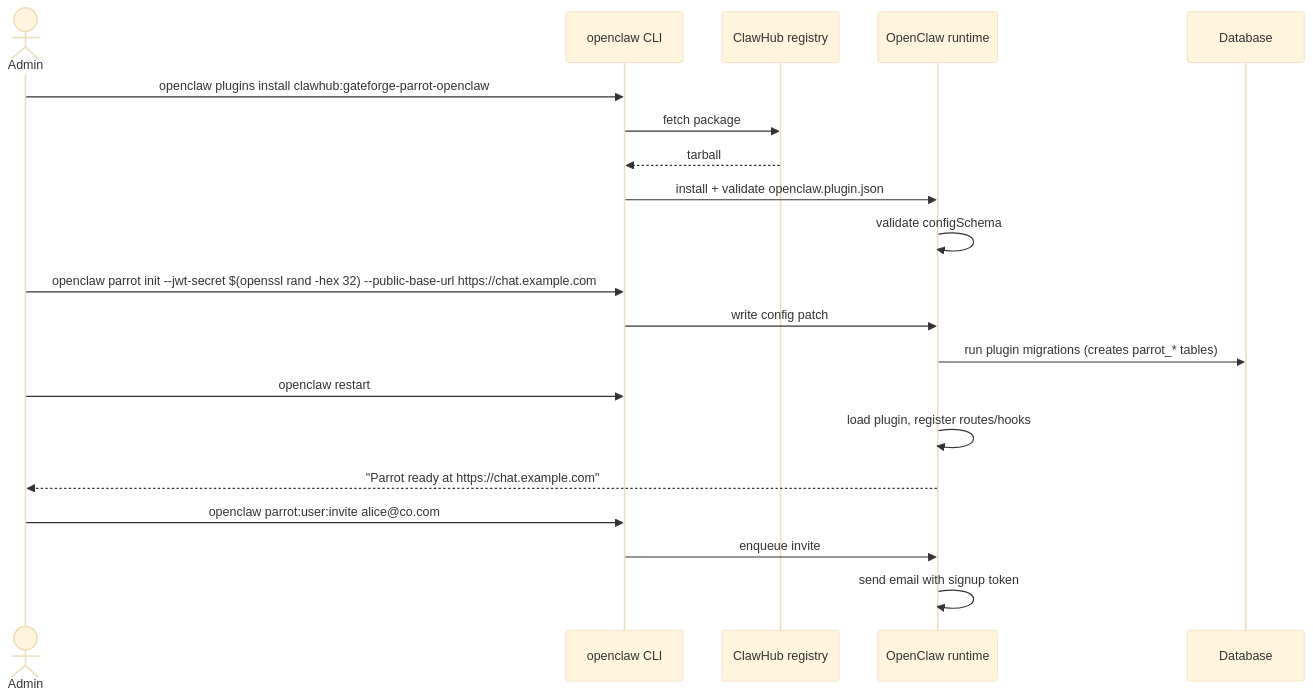
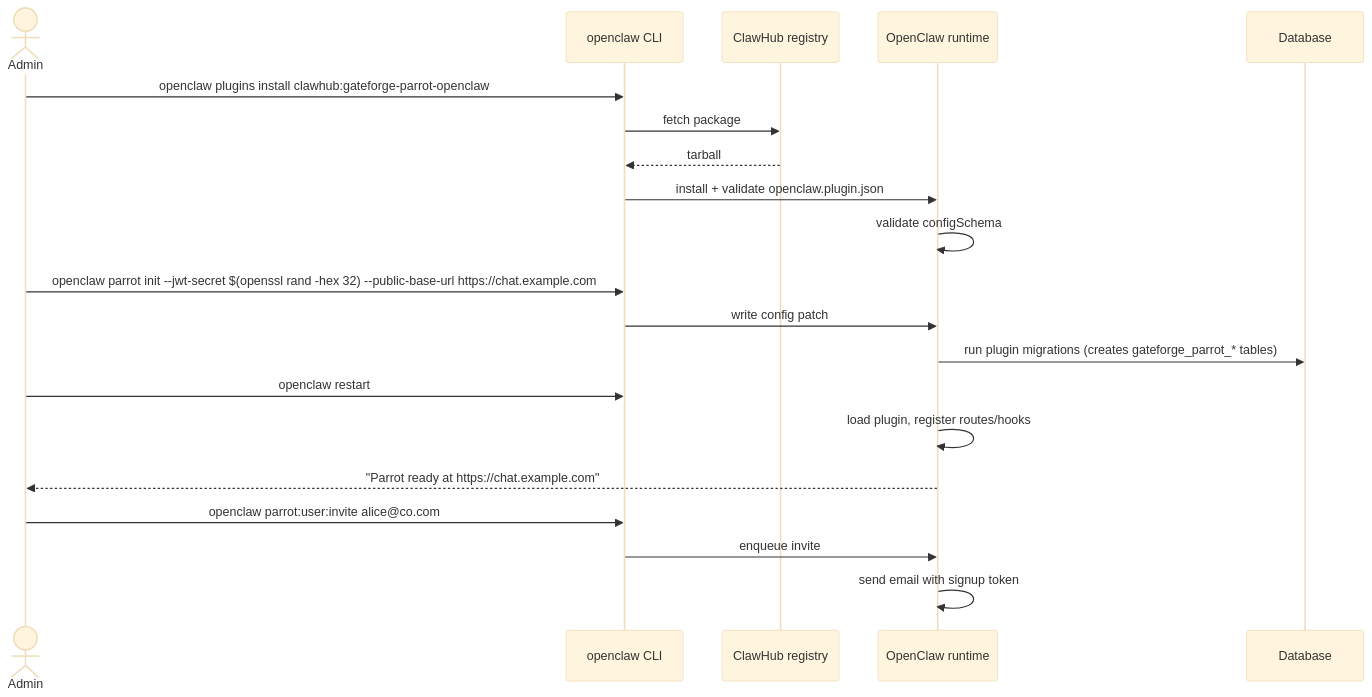
Before and after one commit to tonylnng/gateforge-parrot-openclaw: the third of 3 diagrams in PLUGIN_DESIGN.md, drawn with Mermaid (base theme). The commit also changed other lines of this file and 22 other files, not shown here.

````diff
--- a/PLUGIN_DESIGN.md
+++ b/PLUGIN_DESIGN.md
@@ -598,24 +598,24 @@
 ```mermaid
 sequenceDiagram
     actor Admin
     participant CLI as openclaw CLI
     participant Hub as ClawHub registry
     participant OC as OpenClaw runtime
     participant DB as Database
 
     Admin->>CLI: openclaw plugins install clawhub:gateforge-parrot-openclaw
     CLI->>Hub: fetch package
     Hub-->>CLI: tarball
     CLI->>OC: install + validate openclaw.plugin.json
     OC->>OC: validate configSchema
     Admin->>CLI: openclaw parrot init --jwt-secret $(openssl rand -hex 32) --public-base-url https://chat.example.com
     CLI->>OC: write config patch
-    OC->>DB: run plugin migrations (creates parrot_* tables)
+    OC->>DB: run plugin migrations (creates gateforge_parrot_* tables)
     Admin->>CLI: openclaw restart
     OC->>OC: load plugin, register routes/hooks
     OC-->>Admin: "Parrot ready at https://chat.example.com"
 
     Admin->>CLI: openclaw parrot:user:invite alice@co.com
     CLI->>OC: enqueue invite
     OC->>OC: send email with signup token
 ```
````
